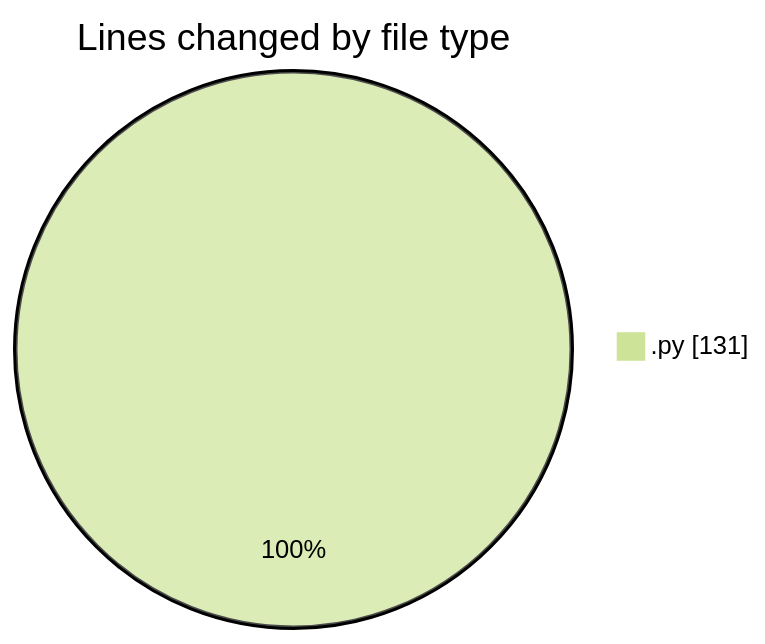
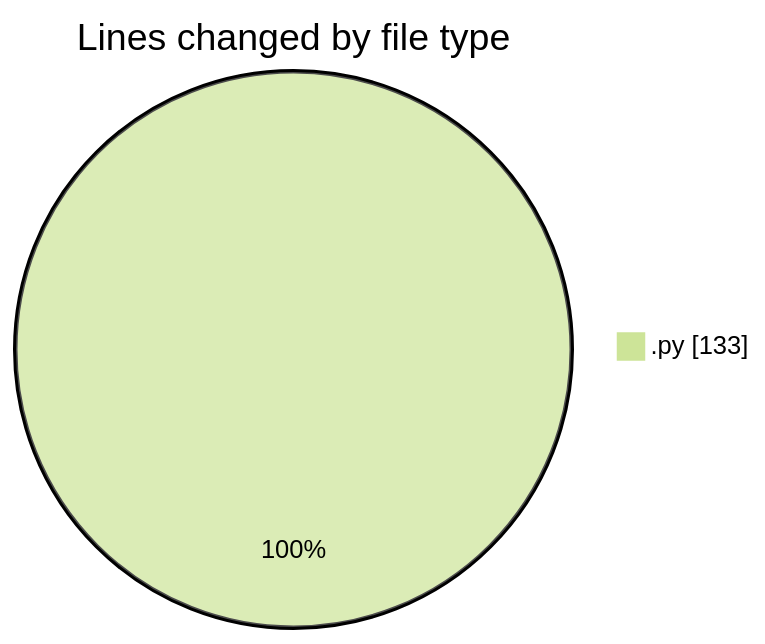
Before and after one commit to MatusMokan/code-tracking: the first of 2 diagrams in 2025-10-25/untitled__workspace_/README.md, drawn with Mermaid (forest theme). The commit also changed other lines of this file and 1 other file, not shown here.

````diff
--- a/2025-10-25/untitled__workspace_/README.md
+++ b/2025-10-25/untitled__workspace_/README.md
@@ -20,5 +20,5 @@
 ```mermaid
 pie showData
 title Lines changed by file type
-".py" : 131
+".py" : 133
 ```
````
